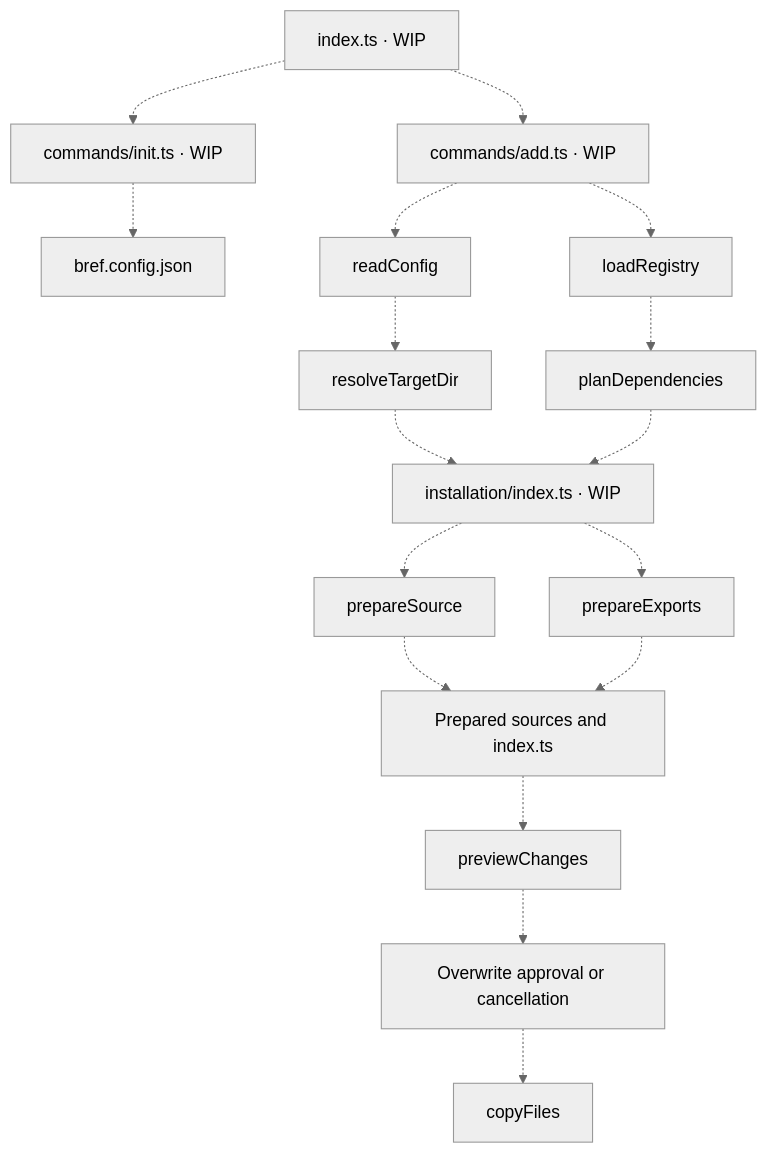
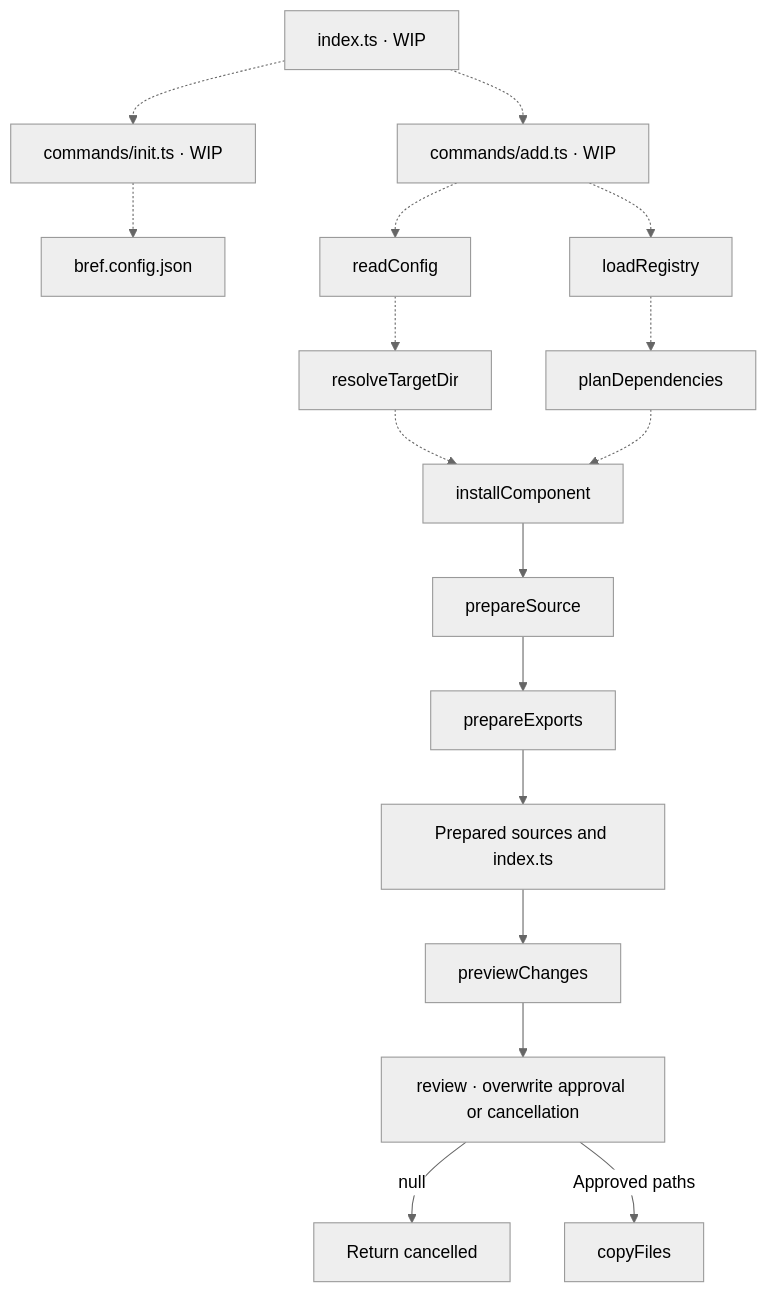
One commit to feuersteiner/bref-ui changed the diagram in cli/README.md. Above: the diagram before and after it, drawn with Mermaid (neutral theme). The commit also changed other lines of this file and 2 other files, not shown here.

Commit message:
feat: implement installation orchestration and review process for component sources

````diff
--- a/cli/README.md
+++ b/cli/README.md
@@ -12,19 +12,19 @@
 ```mermaid
 flowchart TD
     entry["index.ts · WIP"] -.-> init["commands/init.ts · WIP"]
     entry -.-> add["commands/add.ts · WIP"]
     init -.-> config["bref.config.json"]
     add -.-> read["readConfig"]
     read -.-> resolve["resolveTargetDir"]
     add -.-> load["loadRegistry"]
     load -.-> plan["planDependencies"]
-    resolve -.-> install["installation/index.ts · WIP"]
+    resolve -.-> install["installComponent"]
     plan -.-> install
-    install -.-> prepare["prepareSource"]
-    install -.-> exports["prepareExports"]
-    prepare -.-> files["Prepared sources and index.ts"]
-    exports -.-> files
-    files -.-> preview["previewChanges"]
-    preview -.-> decisions["Overwrite approval or cancellation"]
-    decisions -.-> copy["copyFiles"]
+    install --> prepare["prepareSource"]
+    prepare --> exports["prepareExports"]
+    exports --> files["Prepared sources and index.ts"]
+    files --> preview["previewChanges"]
+    preview --> decisions["review · overwrite approval or cancellation"]
+    decisions -->|null| cancel["Return cancelled"]
+    decisions -->|Approved paths| copy["copyFiles"]
 ```
````
